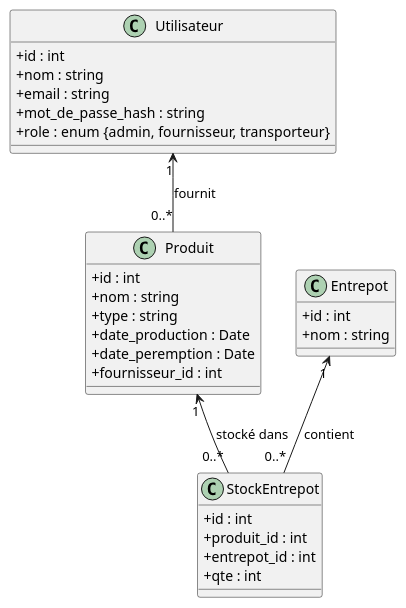
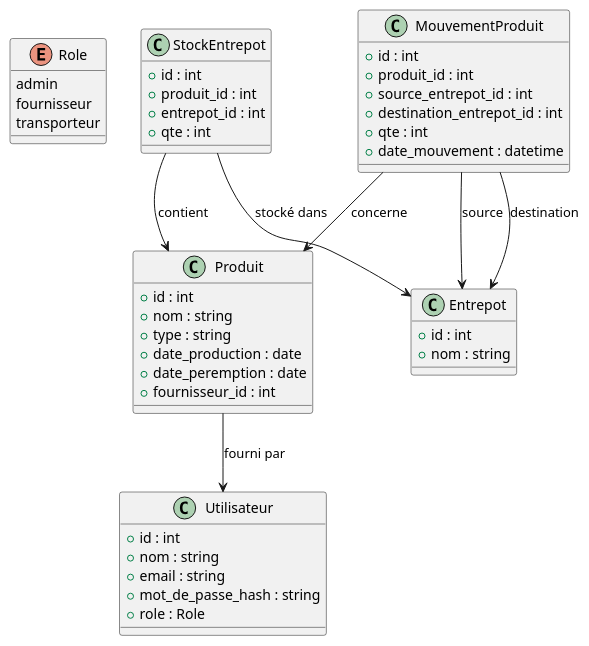
One commit to UcenELma/STPP_MsGL changed the diagram in traceabilite.puml. Above: the diagram before and after it, drawn with PlantUML. The commit also changed 128 other files, not shown here.

```diff
--- a/traceabilite.puml
+++ b/traceabilite.puml
@@ -1,44 +1,56 @@
 @startuml
 
-' Configuration générale
-skinparam classAttributeIconSize 0
+' Enum definition
+enum Role {
+  admin
+  fournisseur
+  transporteur
+}
 
-' Définition de la classe Utilisateur
 class Utilisateur {
     +id : int
     +nom : string
     +email : string
     +mot_de_passe_hash : string
-    +role : enum {admin, fournisseur, transporteur}
+    +role : Role
 }
 
-' Définition de la classe Produit
 class Produit {
     +id : int
     +nom : string
     +type : string
-    +date_production : Date
-    +date_peremption : Date
+    +date_production : date
+    +date_peremption : date
     +fournisseur_id : int
 }
 
-' Définition de la classe Entrepot
 class Entrepot {
     +id : int
     +nom : string
 }
 
-' Définition de la classe StockEntrepot
 class StockEntrepot {
     +id : int
     +produit_id : int
     +entrepot_id : int
     +qte : int
 }
 
-' Relations
-Utilisateur "1" <-- "0..*" Produit : fournit
-Produit "1" <-- "0..*" StockEntrepot : stocké dans
-Entrepot "1" <-- "0..*" StockEntrepot : contient
+class MouvementProduit {
+    +id : int
+    +produit_id : int
+    +source_entrepot_id : int
+    +destination_entrepot_id : int
+    +qte : int
+    +date_mouvement : datetime
+}
+
+' Associations
+Produit --> Utilisateur : fourni par
+StockEntrepot --> Produit : contient
+StockEntrepot --> Entrepot : stocké dans
+MouvementProduit --> Produit : concerne
+MouvementProduit --> Entrepot : source
+MouvementProduit --> Entrepot : destination
 
 @enduml
```
